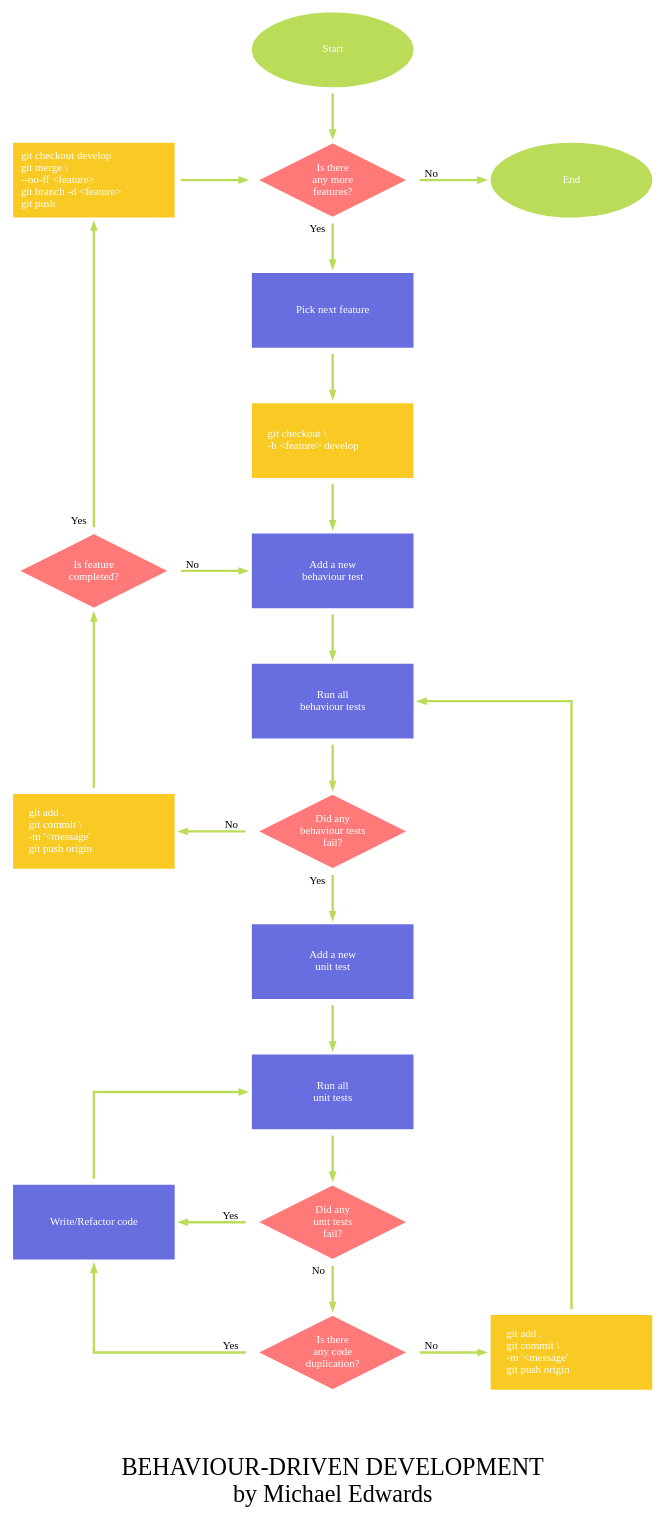
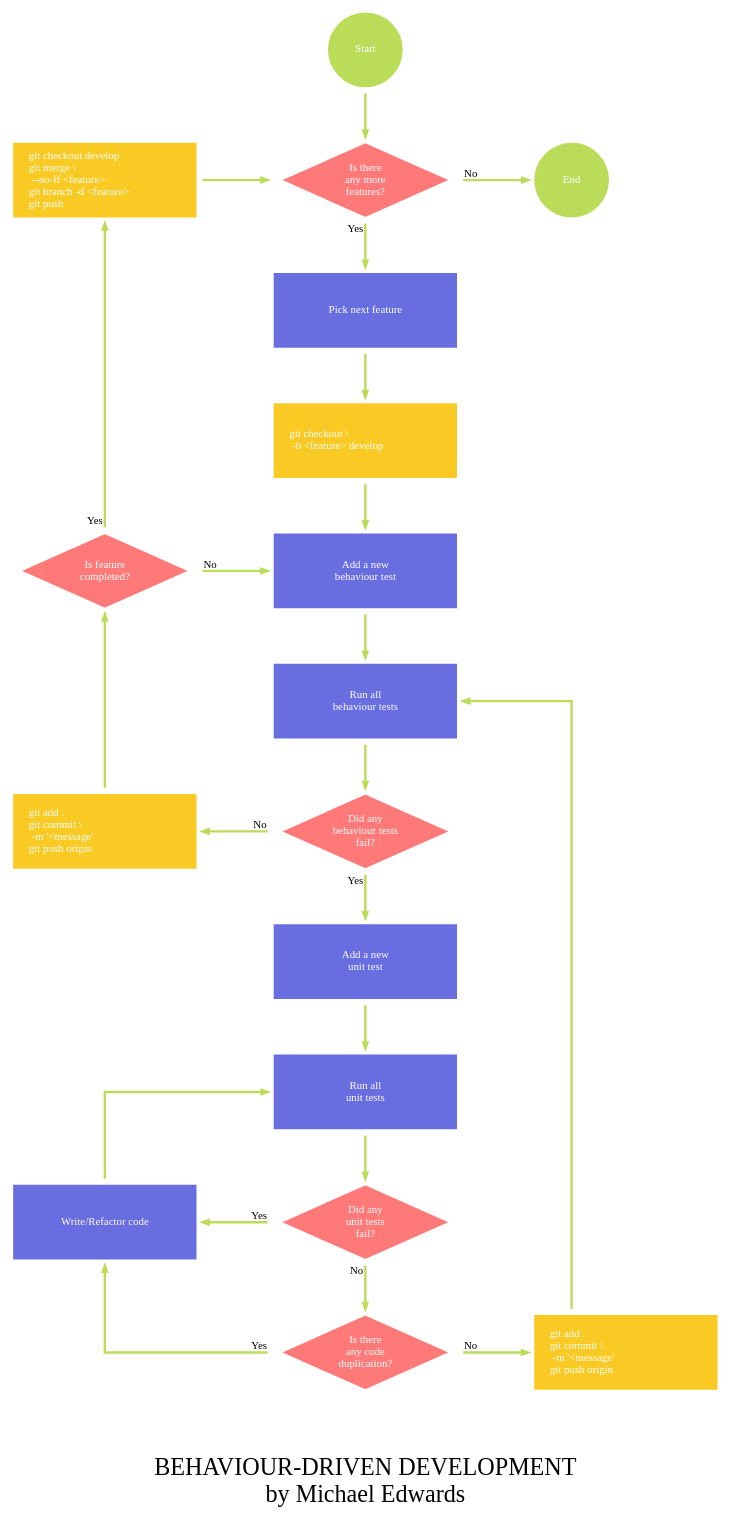
The diagram in bdd.dot (michaeledwards-au/agile-project-flowchart), drawn with Graphviz before and after one commit. The commit also changed 1 other file, not shown here.

Commit message:
Tweaked BDD flowchart

```diff
--- a/bdd.dot
+++ b/bdd.dot
@@ -1,120 +1,119 @@
 digraph G {
 
 //============================================================================//
 // GRAPH
 //============================================================================//
 
 // graph setup
 fontsize="40"; margin="1"; nodesep="1.5"; ranksep="1"; splines="ortho";
 
 // default node setup
 node [color=white fontcolor="white" fontname="serif bold" fontsize="18"
 fixedsize="true" height="2" margin="0.5" penwidth="20" style="filled"
 width="4"];
 
 // default edge setup
 edge [arrowsize="1" color="#badc58" fontname="serif" fontsize="18" 
 penwidth="4"];
   
 // [GRAPH TITLE]--------------------------------------------------------------//
 
 label="\n\nBEHAVIOUR-DRIVEN DEVELOPMENT\n by Michael Edwards ";
   
 //============================================================================//
 // NODES
 //============================================================================//
 
 // terminal node setup
-node [fillcolor="#badc58" shape="oval"];
+node [fillcolor="#badc58" shape="circle" width="2"];
   
 // [TERMINAL NODES]-----------------------------------------------------------//     
   
 te0101 [label="Start"];
 te0102 [label="End"];
   
 //----------------------------------------------------------------------------//
  
 // decision node setup
-node [fillcolor="#ff7979" shape="diamond"];
+node [fillcolor="#ff7979" shape="diamond" width="4.5"];
 
 // [DECISION NODES]-----------------------------------------------------------//     
 
 de0101 [label="Did any\nbehaviour tests\nfail?"];
 de0102 [label="Is feature\ncompleted?"];
 de0103 [label="Did any\nunit tests\n\fail?"];
 de0104 [label="Is there\nany code\nduplication?"];
 de0105 [label="Is there\nany more\nfeatures?"];
 
 //----------------------------------------------------------------------------//
  
 // process node setup
 node [fillcolor="#686de0" shape="box"];
 
 // [PROCESS NODES]------------------------------------------------------------//     
 
 pr0101 [label="Pick next feature"];
 pr0102 [label="Add a new\nbehaviour test"];
 pr0103 [label="Run all\nbehaviour tests"];
 pr0104 [label="Add a new\nunit test"];
 pr0106 [label="Run all\nunit tests"];
 pr0107 [label="Write/Refactor code"];
 
 //----------------------------------------------------------------------------//
  
 // input/output node setup
 node [fillcolor="#f9ca24" fontname="courier bold" shape="box"];
 
 // [INPUT/OUTPUT NODES]-------------------------------------------------------//
 
-io0101 [label="git checkout \\\l-b <feature> develop\l"];
-io0102 [label="git add .\lgit commit \\\l-m '<message'\lgit push origin\l"];
-io0103 [label="git checkout develop\lgit merge \\\l--no-ff <feature>\lgit branch -d <feature>\lgit push\l"];
-io0104 [label="git add .\lgit commit \\\l-m '<message'\lgit push origin\l"];
+io0101 [label="git checkout \\\l  -b <feature> develop\l"];
+io0102 [label="git add .\lgit commit \\\l  -m '<message'\lgit push origin\l"];
+io0103 [label="git checkout develop\lgit merge \\\l  --no-ff <feature>\lgit branch -d <feature>\lgit push\l"];
+io0104 [label="git add .\lgit commit \\\l  -m '<message'\lgit push origin\l"];
 
 //----------------------------------------------------------------------------//          
 
 //============================================================================//
 // EDGES 
 //============================================================================//
 
-subgraph {te0101; te0102;}
 te0101 -> de0105;
 
-subgraph {rank="same"; io0103; de0105; te0102; }
+subgraph {rank="same"; io0103; de0105; te0102;}
 io0103 -> de0105;
-de0105 -> pr0101 [taillabel="  Yes  "];
-de0105 -> te0102 [constraint="false" taillabel="  No  "];
+de0105 -> pr0101 [taillabel="Yes "];
+de0105 -> te0102 [constraint="false" taillabel="No"];
 
 pr0101 -> io0101;
 
 io0101 -> pr0102;
 
 subgraph {rank="same"; de0102; pr0102;}
-de0102 -> io0103 [constraint="false" taillabel="  Yes  "];
-de0102 -> pr0102 [taillabel="  No  "];
+de0102 -> io0103 [constraint="false" taillabel="Yes "];
+de0102 -> pr0102 [taillabel="No"];
 pr0102 -> pr0103;
 
 pr0103 -> de0101;
 
 subgraph {rank="same"; io0102; de0101;}
 io0102 -> de0102 [constraint="false"];
-io0102 -> de0101 [dir="back" headlabel="  No  "];
-de0101 -> pr0104 [taillabel="  Yes  "];
+io0102 -> de0101 [dir="back" headlabel="No"];
+de0101 -> pr0104 [taillabel="Yes "];
 
 pr0104 -> pr0106;
 
 pr0106 -> de0103;
 
 subgraph {rank="same"; pr0107; de0103;}
 pr0107 -> pr0106 [constraint="false"];
-pr0107 -> de0103 [dir="back" headlabel="  Yes  "];
-de0103 -> de0104 [taillabel="  No  "];
+pr0107 -> de0103 [dir="back" headlabel="Yes"];
+de0103 -> de0104 [taillabel="No "];
 
-subgraph {rank="same"; de0104; io0104; }
-de0104 -> pr0107 [constraint="false" taillabel="  Yes  "];
-de0104 -> io0104 [taillabel="  No  "];
+subgraph {rank="same"; de0104; io0104;}
+de0104 -> pr0107 [constraint="false" taillabel="Yes"];
+de0104 -> io0104 [taillabel="No"];
 io0104 -> pr0103 [constraint="false"];
 
 
 //============================================================================//
 }
```
